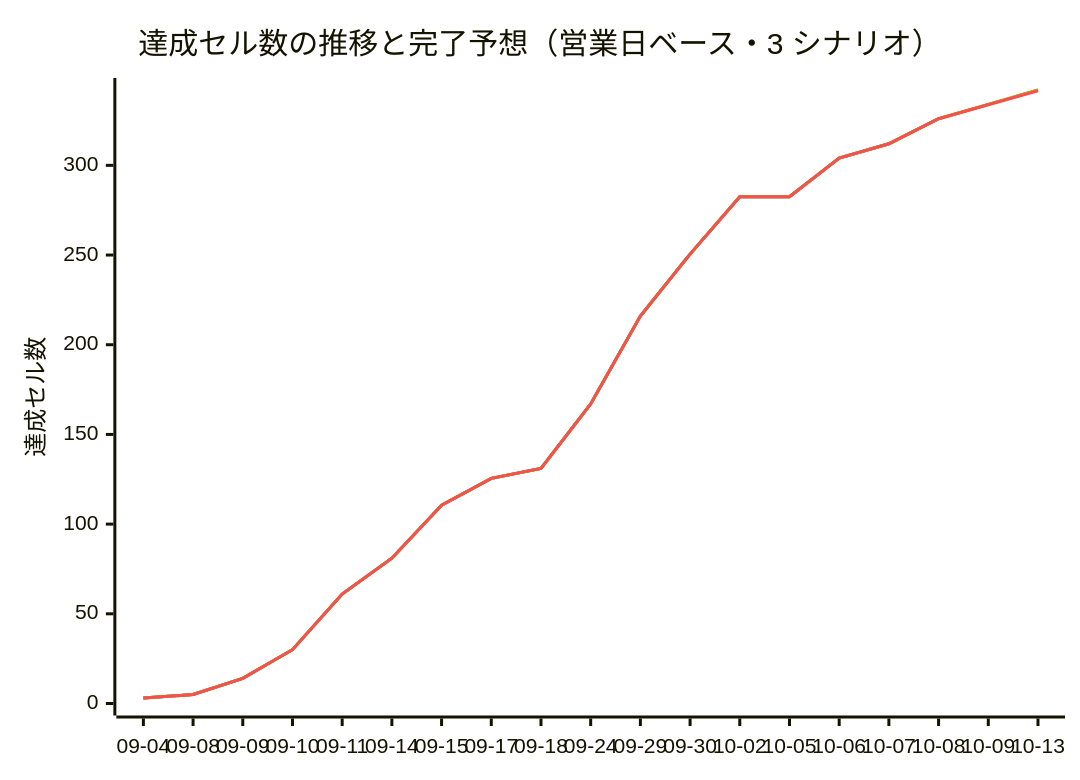
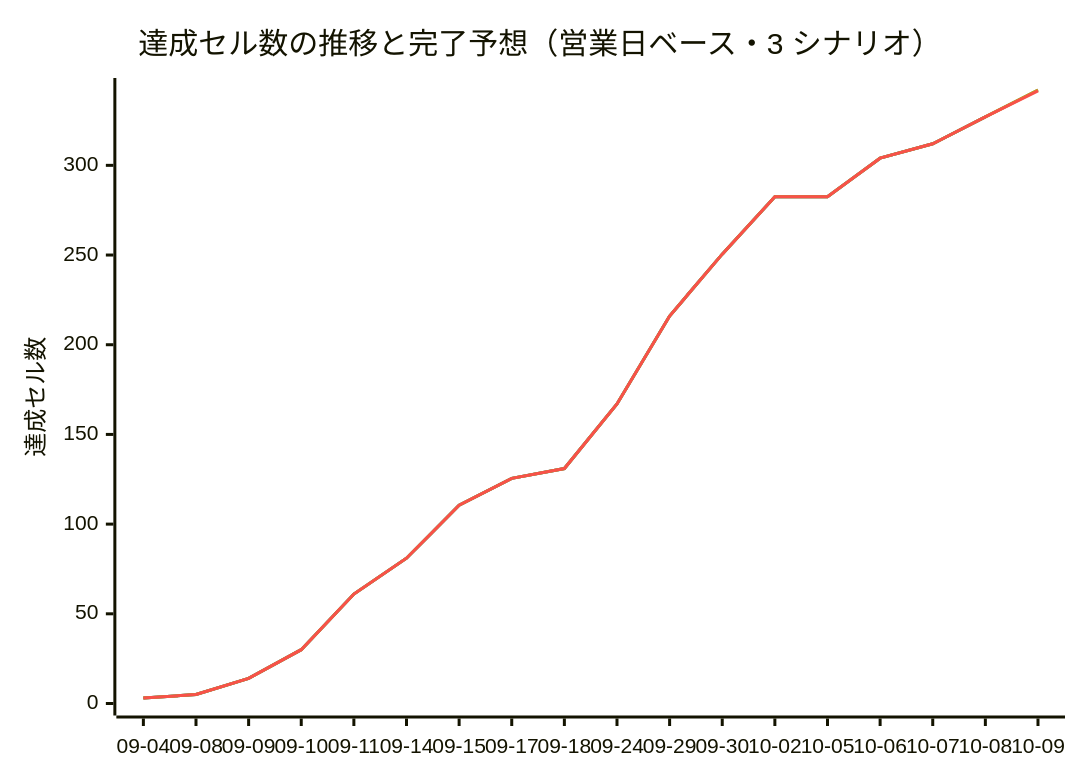
The diagram in docs/progress.md (yoshihisatanaka/Pre-Market_Trading_frontend), drawn with Mermaid before and after one commit. The commit also changed other lines of this file, not shown here.

````diff
--- a/docs/progress.md
+++ b/docs/progress.md
@@ -343,11 +349,11 @@
 ```mermaid
 %%{init: {"themeVariables": {"xyChart": {"plotColorPalette": "#2f6feb, #3fb950, #d29922, #f85149"}}}}%%
 xychart-beta
     title "達成セル数の推移と完了予想（営業日ベース・3 シナリオ）"
-    x-axis ["09-04", "09-08", "09-09", "09-10", "09-11", "09-14", "09-15", "09-17", "09-18", "09-24", "09-29", "09-30", "10-02", "10-05", "10-06", "10-07", "10-08", "10-09", "10-13"]
+    x-axis ["09-04", "09-08", "09-09", "09-10", "09-11", "09-14", "09-15", "09-17", "09-18", "09-24", "09-29", "09-30", "10-02", "10-05", "10-06", "10-07", "10-08", "10-09"]
     y-axis "達成セル数" 0 --> 342
-    line [3, 5, 14, 30, 61, 81, 110.5, 125.5, 131, 167, 216, 250.5, 282.5, 282.5, 304, 312, 326]
-    line [3, 5, 14, 30, 61, 81, 110.5, 125.5, 131, 167, 216, 250.5, 282.5, 282.5, 304, 312, 326, 334, 342]
-    line [3, 5, 14, 30, 61, 81, 110.5, 125.5, 131, 167, 216, 250.5, 282.5, 282.5, 304, 312, 326, 334, 342]
-    line [3, 5, 14, 30, 61, 81, 110.5, 125.5, 131, 167, 216, 250.5, 282.5, 282.5, 304, 312, 326, 333.75, 341.5]
+    line [3, 5, 14, 30, 61, 81, 110.5, 125.5, 131, 167, 216, 250.5, 282.5, 282.5, 304, 312, 327]
+    line [3, 5, 14, 30, 61, 81, 110.5, 125.5, 131, 167, 216, 250.5, 282.5, 282.5, 304, 312, 327, 342]
+    line [3, 5, 14, 30, 61, 81, 110.5, 125.5, 131, 167, 216, 250.5, 282.5, 282.5, 304, 312, 327, 342]
+    line [3, 5, 14, 30, 61, 81, 110.5, 125.5, 131, 167, 216, 250.5, 282.5, 282.5, 304, 312, 327, 341.5]
 ```
````
